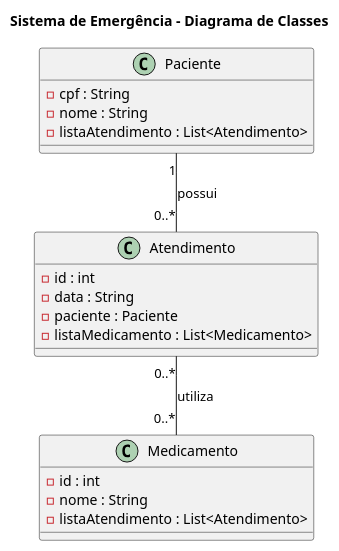
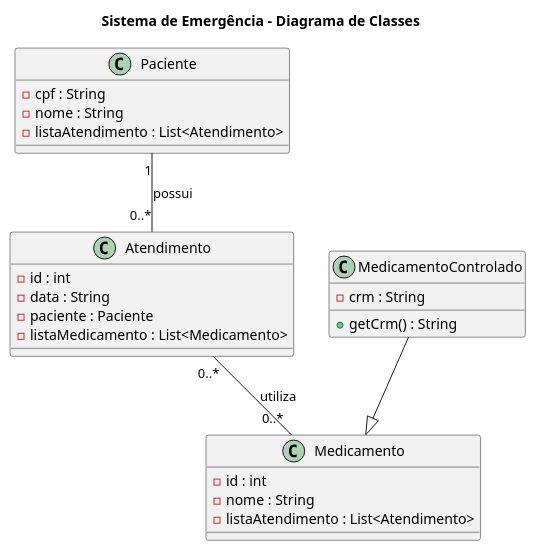
One commit to Xande8/Sistema-Emergencia-Java changed the diagram in UML/Emergencia.puml. Above: the diagram before and after it, drawn with PlantUML.

Commit message:
docs(uml): representa heranca de MedicamentoControlado

```diff
--- a/UML/Emergencia.puml
+++ b/UML/Emergencia.puml
@@ -1,27 +1,33 @@
 @startuml Emergencia
 
 title Sistema de Emergência - Diagrama de Classes
 
 class Paciente {
     - cpf : String
     - nome : String
     - listaAtendimento : List<Atendimento>
 }
 
 class Atendimento {
     - id : int
     - data : String
     - paciente : Paciente
     - listaMedicamento : List<Medicamento>
 }
 
 class Medicamento {
     - id : int
     - nome : String
     - listaAtendimento : List<Atendimento>
 }
 
+class MedicamentoControlado {
+    - crm : String
+    + getCrm() : String
+}
+
 Paciente "1" -- "0..*" Atendimento : possui
 Atendimento "0..*" -- "0..*" Medicamento : utiliza
+MedicamentoControlado --|> Medicamento
 
 @enduml
```
